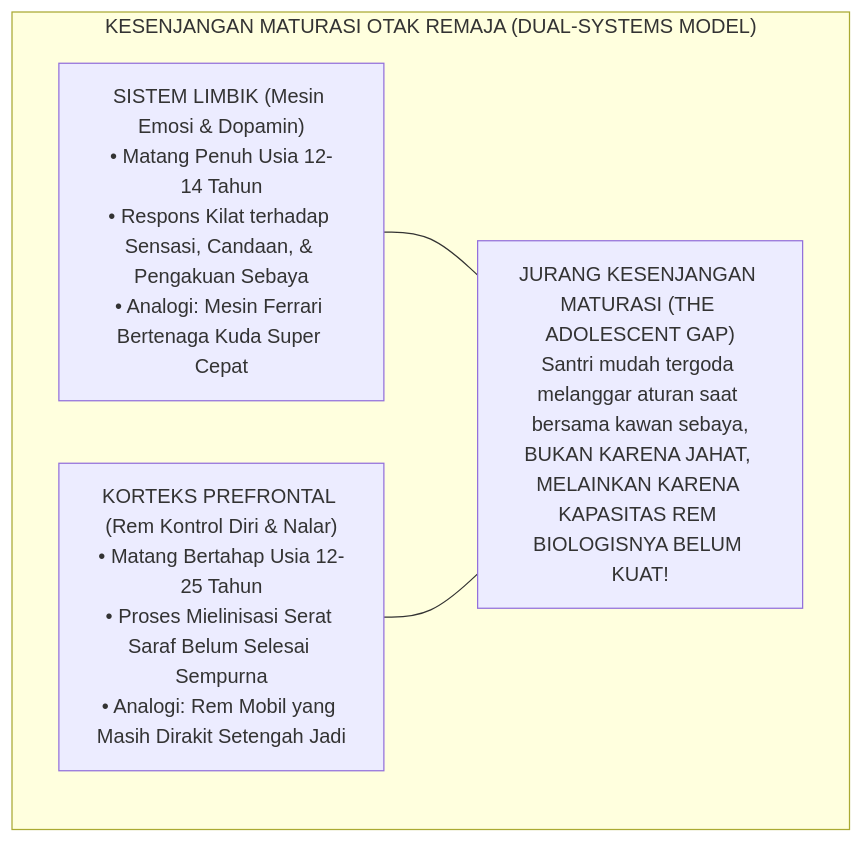
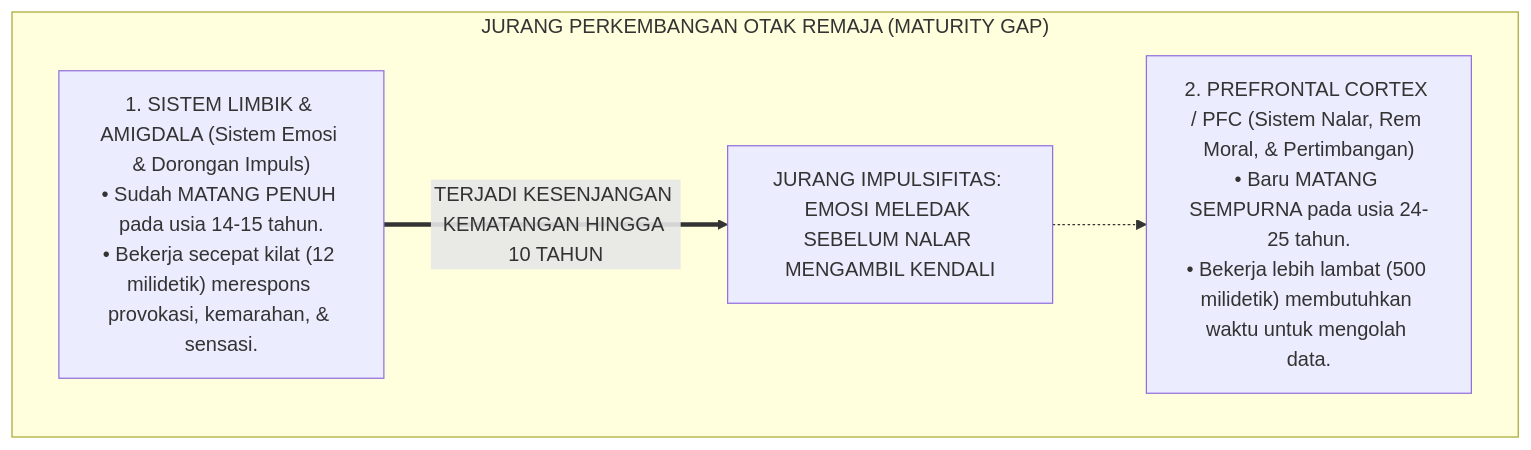
Before and after one commit to wandiapriliyandi/tumbuh: the first of 3 diagrams in BOOK-SERIES/Volume-02/Bab-03-Trajektori-Biososial-Spiritual-Remaja-Pesantren/02-Kesenjangan-Maturasi-Limbik-vs-Prefrontal-Cortex.md, drawn with Mermaid. The commit also changed other lines of this file and 18 other files, not shown here.

````diff
--- a/BOOK-SERIES/Volume-02/Bab-03-Trajektori-Biososial-Spiritual-Remaja-Pesantren/02-Kesenjangan-Maturasi-Limbik-vs-Prefrontal-Cortex.md
+++ b/BOOK-SERIES/Volume-02/Bab-03-Trajektori-Biososial-Spiritual-Remaja-Pesantren/02-Kesenjangan-Maturasi-Limbik-vs-Prefrontal-Cortex.md
@@ -18,13 +23,11 @@
 ```mermaid
 graph TD
-    subgraph GapMaturasi["KESENJANGAN MATURASI OTAK REMAJA (DUAL-SYSTEMS MODEL)"]
-        Limbik["SISTEM LIMBIK (Mesin Emosi & Dopamin)<br/>• Matang Penuh Usia 12-14 Tahun<br/>• Respons Kilat terhadap Sensasi, Candaan, & Pengakuan Sebaya<br/>• Analogi: Mesin Ferrari Bertenaga Kuda Super Cepat"]
+    subgraph GapMaturasi["JURANG PERKEMBANGAN OTAK REMAJA (MATURITY GAP)"]
+        Limbik["1. SISTEM LIMBIK & AMIGDALA (Sistem Emosi & Dorongan Impuls)<br/>• Sudah MATANG PENUH pada usia 14-15 tahun.<br/>• Bekerja secepat kilat (12 milidetik) merespons provokasi, kemarahan, & sensasi."]
         
-        PFC["KORTEKS PREFRONTAL (Rem Kontrol Diri & Nalar)<br/>• Matang Bertahap Usia 12-25 Tahun<br/>• Proses Mielinisasi Serat Saraf Belum Selesai Sempurna<br/>• Analogi: Rem Mobil yang Masih Dirakit Setengah Jadi"]
+        PFC["2. PREFRONTAL CORTEX / PFC (Sistem Nalar, Rem Moral, & Pertimbangan)<br/>• Baru MATANG SEMPURNA pada usia 24-25 tahun.<br/>• Bekerja lebih lambat (500 milidetik) membutuhkan waktu untuk mengolah data."]
         
-        Gap["JURANG KESENJANGAN MATURASI (THE ADOLESCENT GAP)<br/>Santri mudah tergoda melanggar aturan saat bersama kawan sebaya,<br/>BUKAN KARENA JAHAT, MELAINKAN KARENA KAPASITAS REM BIOLOGISNYA BELUM KUAT!"]
-        
-        Limbik --- Gap
-        PFC --- Gap
+        Limbik ==>|"TERJADI KESENJANGAN KEMATANGAN HINGGA 10 TAHUN"| Jurang["JURANG IMPULSIFITAS: EMOSI MELEDAK SEBELUM NALAR MENGAMBIL KENDALI"]
+        Jurang -.-> PFC
     end
 ```
````
